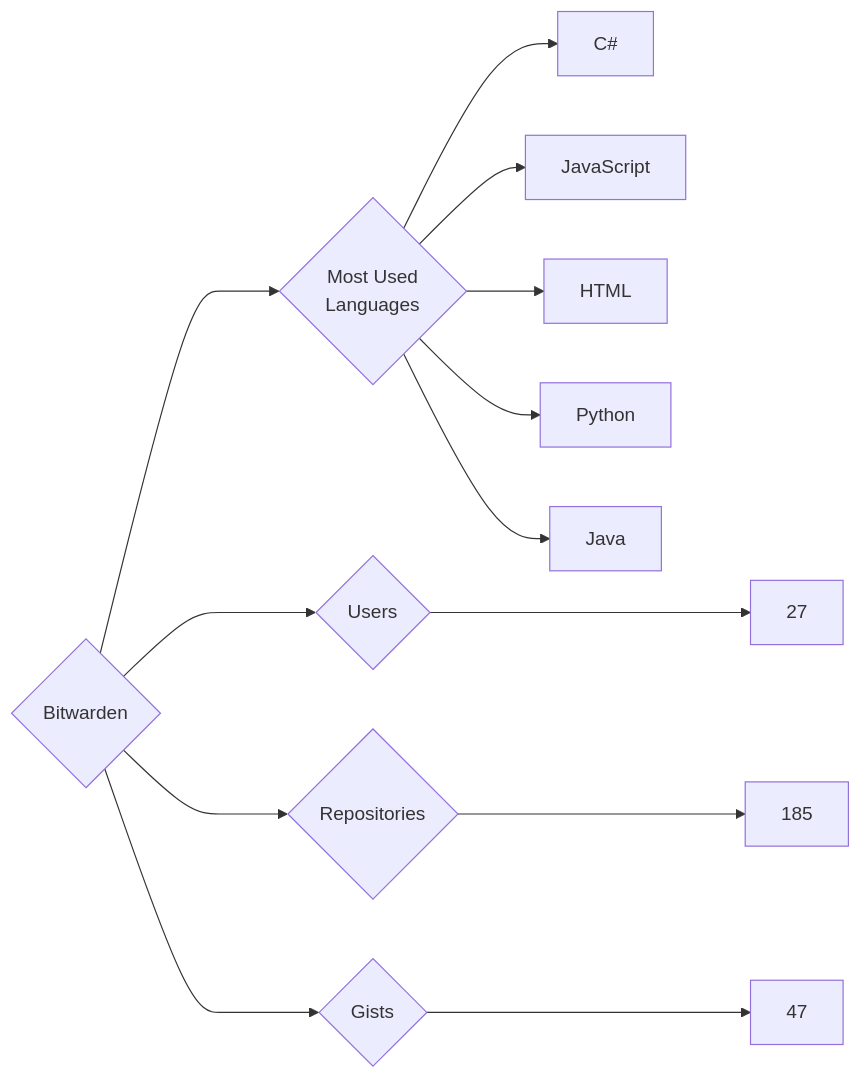
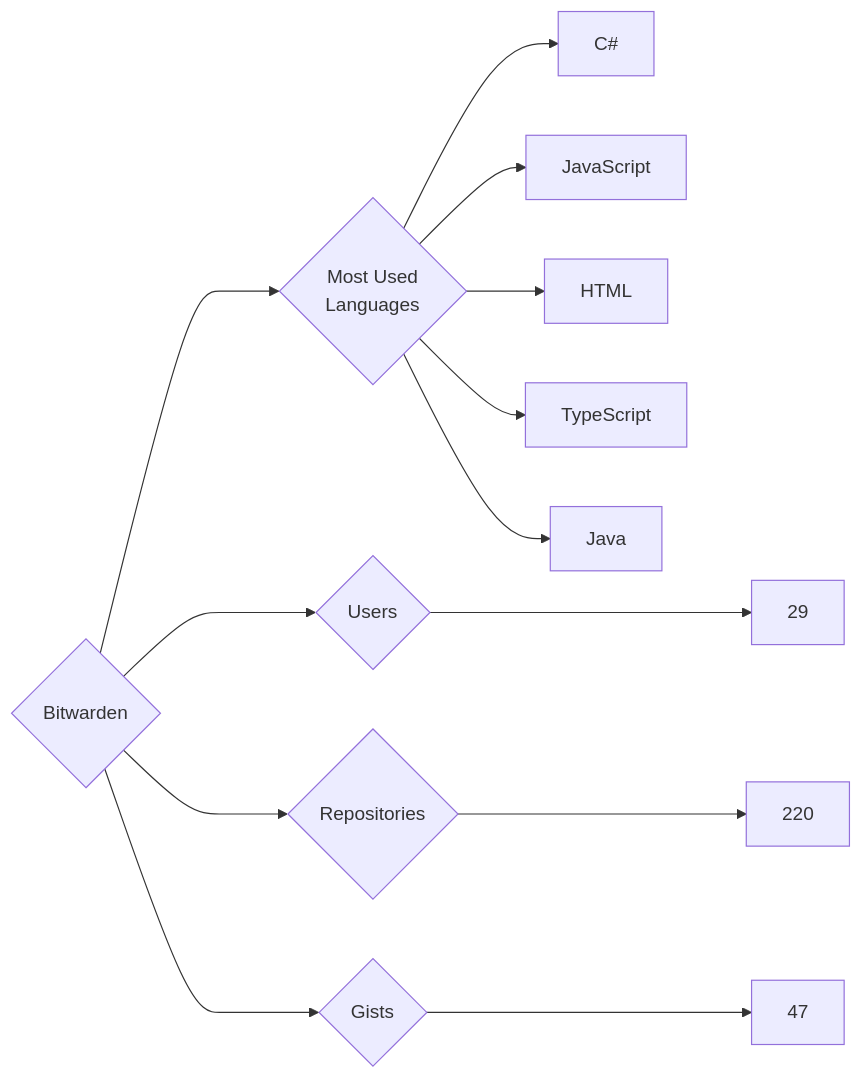
The diagram in targets/Bitwarden/README.md (trickest/insiders), drawn with Mermaid before and after one commit. The commit also changed 814 other files, not shown here.

````diff
--- a/targets/Bitwarden/README.md
+++ b/targets/Bitwarden/README.md
@@ -3,13 +3,13 @@
 ```mermaid
 graph LR
 COMPANY_NAME{Bitwarden}
-COMPANY_NAME ---> U{Users} ---> UN[27]
-COMPANY_NAME ---> R{Repositories} ---> RN[185]
+COMPANY_NAME ---> U{Users} ---> UN[29]
+COMPANY_NAME ---> R{Repositories} ---> RN[220]
 COMPANY_NAME ---> G{Gists} ---> GN[47]
 COMPANY_NAME ---> ML{Most Used<br>Languages}
 ML --> C#[C#]
 ML --> JavaScript[JavaScript]
 ML --> HTML[HTML]
-ML --> Python[Python]
+ML --> TypeScript[TypeScript]
 ML --> Java[Java]
 ```
````
